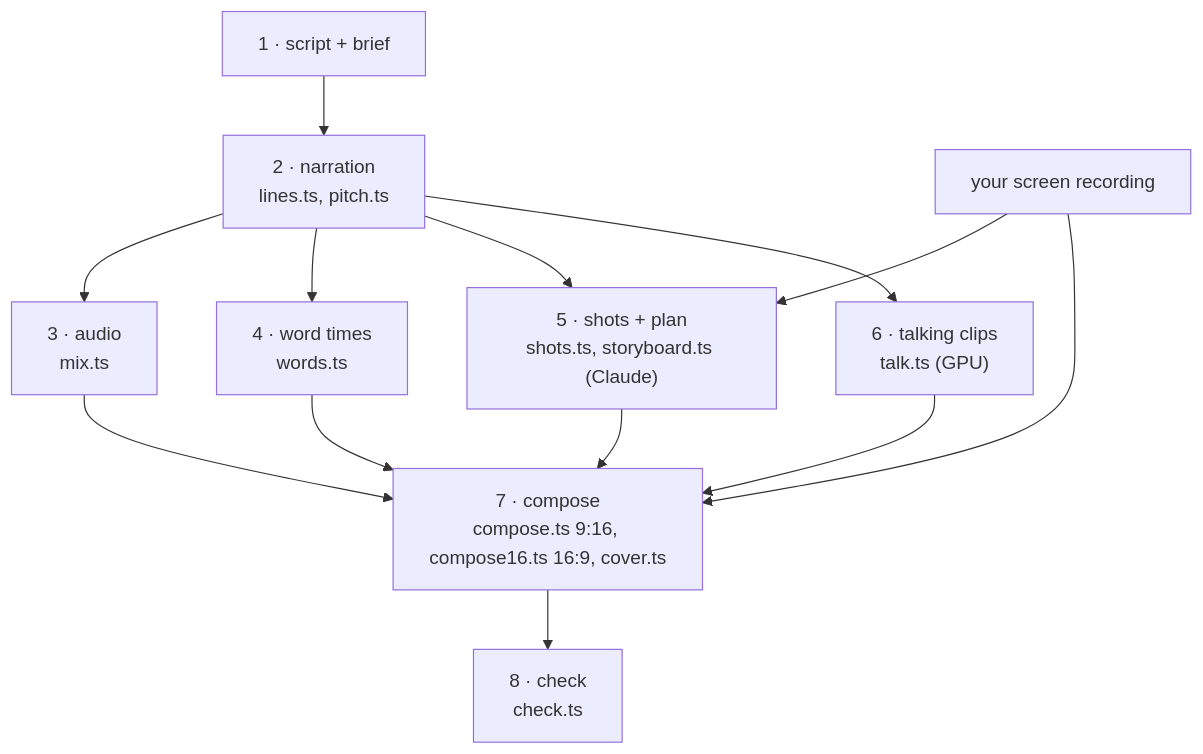
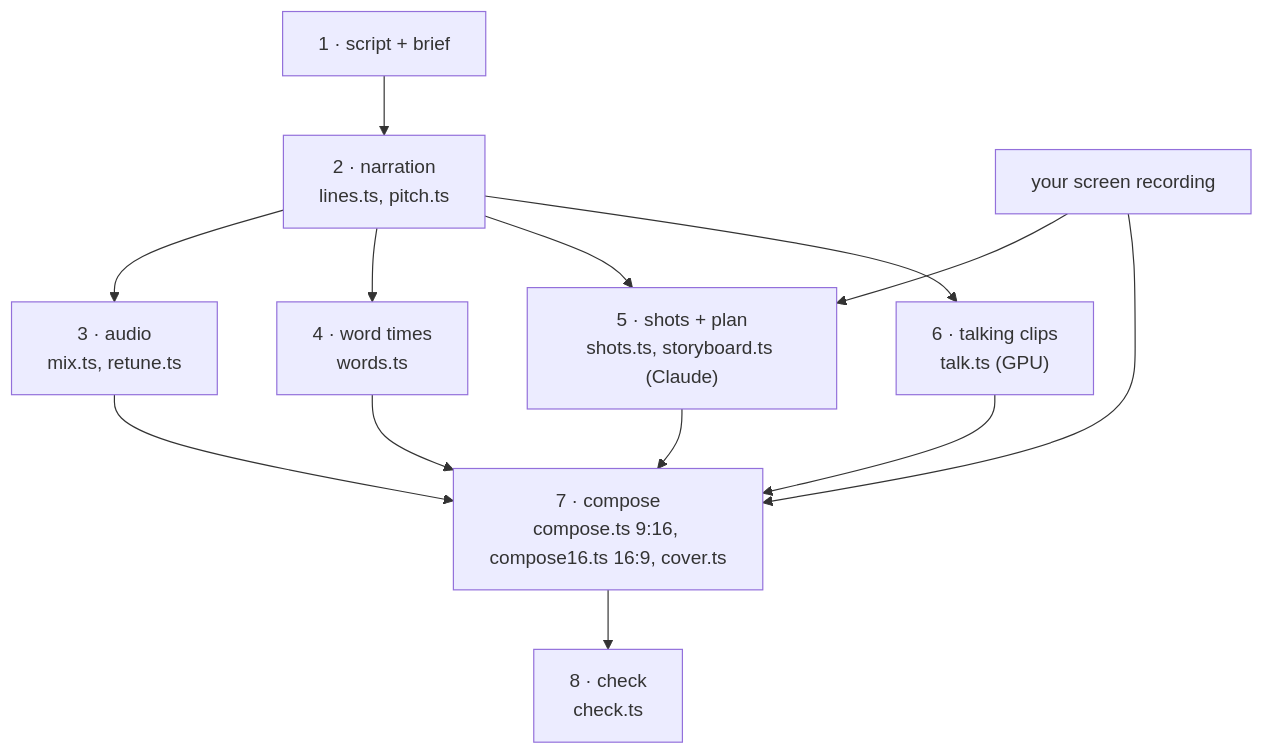
Before and after one commit to gjovanov/roomler-ai-avatar: the diagram in docs/run.md, drawn with Mermaid. The commit also changed other lines of this file and 33 other files, not shown here.

````diff
--- a/docs/run.md
+++ b/docs/run.md
@@ -7,15 +7,15 @@
 ```mermaid
 flowchart TD
   A["1 · script + brief"] --> B["2 · narration<br/>lines.ts, pitch.ts"]
-  B --> C["3 · audio<br/>mix.ts"]
+  B --> C["3 · audio<br/>mix.ts, retune.ts"]
   B --> D["4 · word times<br/>words.ts"]
   R["your screen recording"] --> E["5 · shots + plan<br/>shots.ts, storyboard.ts (Claude)"]
   B --> E
   B --> F["6 · talking clips<br/>talk.ts (GPU)"]
   C --> G["7 · compose<br/>compose.ts 9:16, compose16.ts 16:9, cover.ts"]
   D --> G
   E --> G
   F --> G
   R --> G
   G --> H["8 · check<br/>check.ts"]
 ```
````
